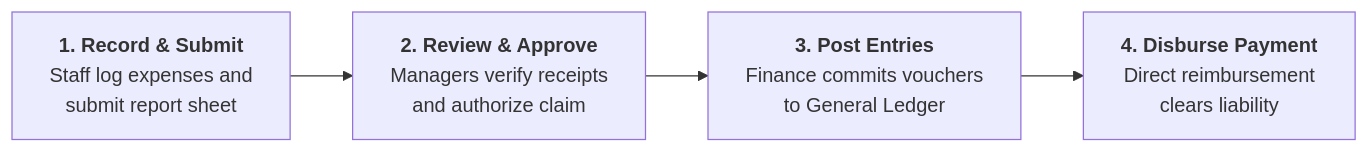
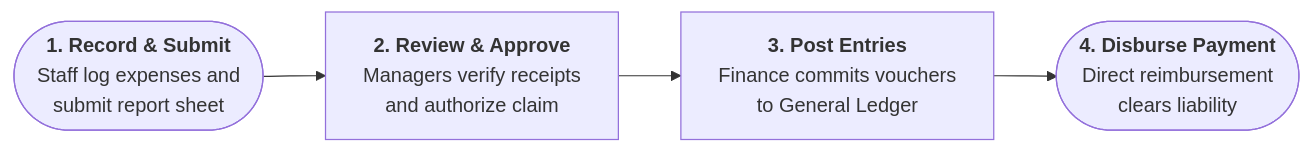
Before and after one commit to ManfredNelvin-Dev/curq-documentation: the first of 2 diagrams in docs/Expenses/core-concepts/01-understanding-the-expense-lifecycle-and-accounting-flow.md, drawn with Mermaid. The commit also changed other lines of this file and 284 other files, not shown here.

````diff
--- a/docs/Expenses/core-concepts/01-understanding-the-expense-lifecycle-and-accounting-flow.md
+++ b/docs/Expenses/core-concepts/01-understanding-the-expense-lifecycle-and-accounting-flow.md
@@ -26,14 +31,14 @@
 ```mermaid
 flowchart LR
-    Step1["`**1. Record & Submit**
+    Step1(["`**1. Record & Submit**
     Staff log expenses and
-    submit report sheet`"] --> Step2["`**2. Review & Approve**
+    submit report sheet`"]) --> Step2["`**2. Review & Approve**
     Managers verify receipts
     and authorize claim`"]
     Step2 --> Step3["`**3. Post Entries**
     Finance commits vouchers
     to General Ledger`"]
-    Step3 --> Step4["`**4. Disburse Payment**
+    Step3 --> Step4(["`**4. Disburse Payment**
     Direct reimbursement
-    clears liability`"]
+    clears liability`"])
 ```
````
